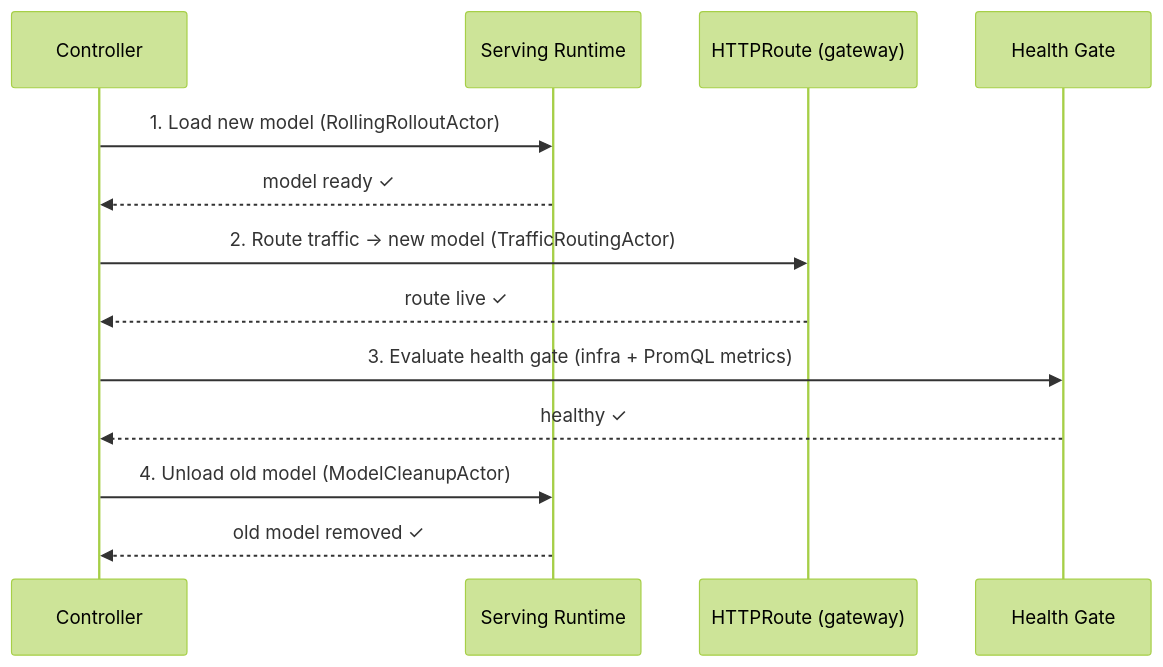
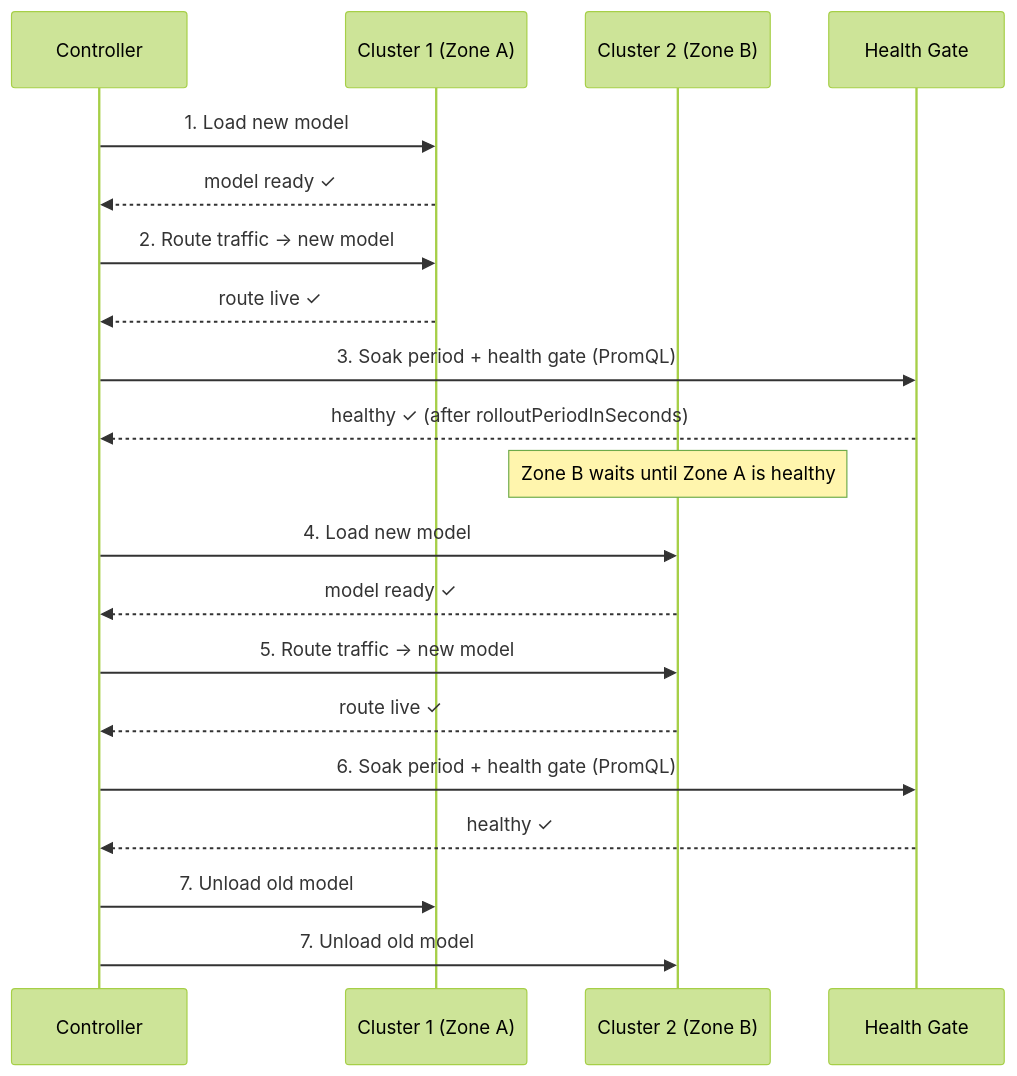
Before and after one commit to apurvapatkeshwar/michelangelo: the second of 4 diagrams in README.md, drawn with Mermaid (forest theme). The commit also changed other lines of this file, not shown here.

First line of the commit message:
docs(readme): update with zonal strategy, accurate runtime support, API server

````diff
--- a/README.md
+++ b/README.md
@@ -77,16 +81,23 @@
 ```mermaid
 sequenceDiagram
     participant C as Controller
-    participant T as Serving Runtime
-    participant R as HTTPRoute (gateway)
+    participant Z1 as Cluster 1 (Zone A)
+    participant Z2 as Cluster 2 (Zone B)
     participant H as Health Gate
 
-    C->>T: 1. Load new model (RollingRolloutActor)
-    T-->>C: model ready ✓
-    C->>R: 2. Route traffic → new model (TrafficRoutingActor)
-    R-->>C: route live ✓
-    C->>H: 3. Evaluate health gate (infra + PromQL metrics)
+    C->>Z1: 1. Load new model
+    Z1-->>C: model ready ✓
+    C->>Z1: 2. Route traffic → new model
+    Z1-->>C: route live ✓
+    C->>H: 3. Soak period + health gate (PromQL)
+    H-->>C: healthy ✓ (after rolloutPeriodInSeconds)
+    Note over Z2: Zone B waits until Zone A is healthy
+    C->>Z2: 4. Load new model
+    Z2-->>C: model ready ✓
+    C->>Z2: 5. Route traffic → new model
+    Z2-->>C: route live ✓
+    C->>H: 6. Soak period + health gate (PromQL)
     H-->>C: healthy ✓
-    C->>T: 4. Unload old model (ModelCleanupActor)
-    T-->>C: old model removed ✓
+    C->>Z1: 7. Unload old model
+    C->>Z2: 7. Unload old model
 ```
````
